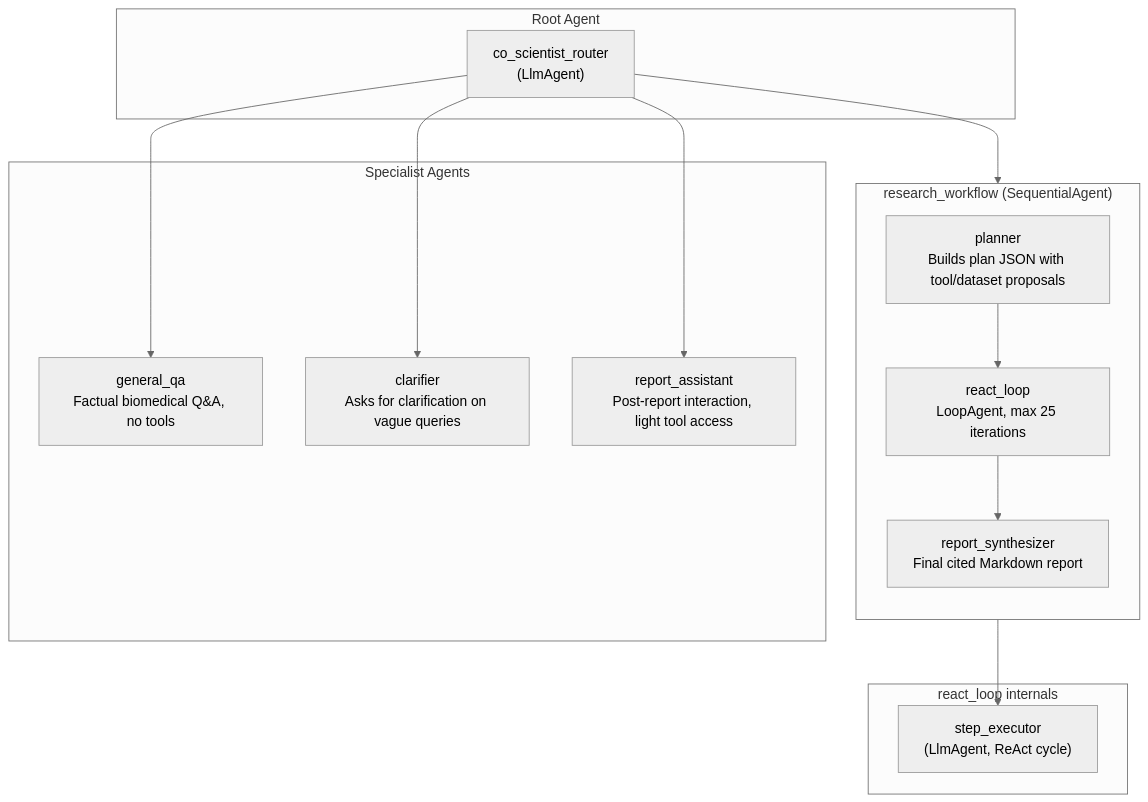
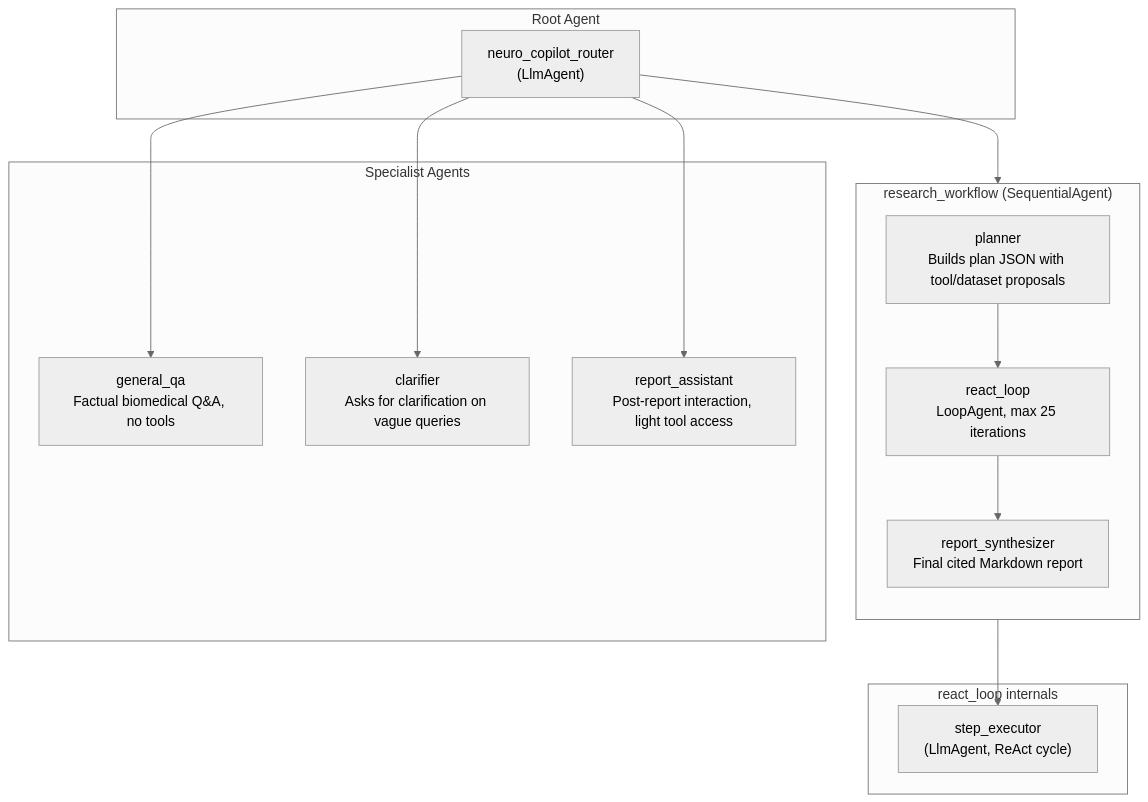
One commit to povilaskarvelis/neuro-copilot changed the second of 3 diagrams in README.md. Above: the diagram before and after it, drawn with Mermaid (neutral theme). The commit also changed other lines of this file and 87 other files, not shown here.

First line of the commit message:
Rebrand to Neuro Copilot (package neuro_copilot, env NEURO_COPILOT_*)

````diff
--- a/README.md
+++ b/README.md
@@ -65,31 +67,31 @@
 ```mermaid
 flowchart TB
     subgraph Root["Root Agent"]
-        ROUTER["co_scientist_router<br/>(LlmAgent)"]
+        ROUTER["neuro_copilot_router<br/>(LlmAgent)"]
     end
 
     subgraph Specialists["Specialist Agents"]
         GQ["general_qa<br/>Factual biomedical Q&A, no tools"]
         CL["clarifier<br/>Asks for clarification on vague queries"]
         RA["report_assistant<br/>Post-report interaction, light tool access"]
     end
 
     subgraph Research["research_workflow (SequentialAgent)"]
         direction TB
         PL["planner<br/>Builds plan JSON with tool/dataset proposals"]
         LOOP["react_loop<br/>LoopAgent, max 25 iterations"]
         SYN["report_synthesizer<br/>Final cited Markdown report"]
         PL --> LOOP --> SYN
     end
 
     ROUTER --> GQ
     ROUTER --> CL
     ROUTER --> RA
     ROUTER --> Research
 
     subgraph LoopInternals["react_loop internals"]
         SE["step_executor<br/>(LlmAgent, ReAct cycle)"]
     end
 
     LOOP --> SE
 ```
````
